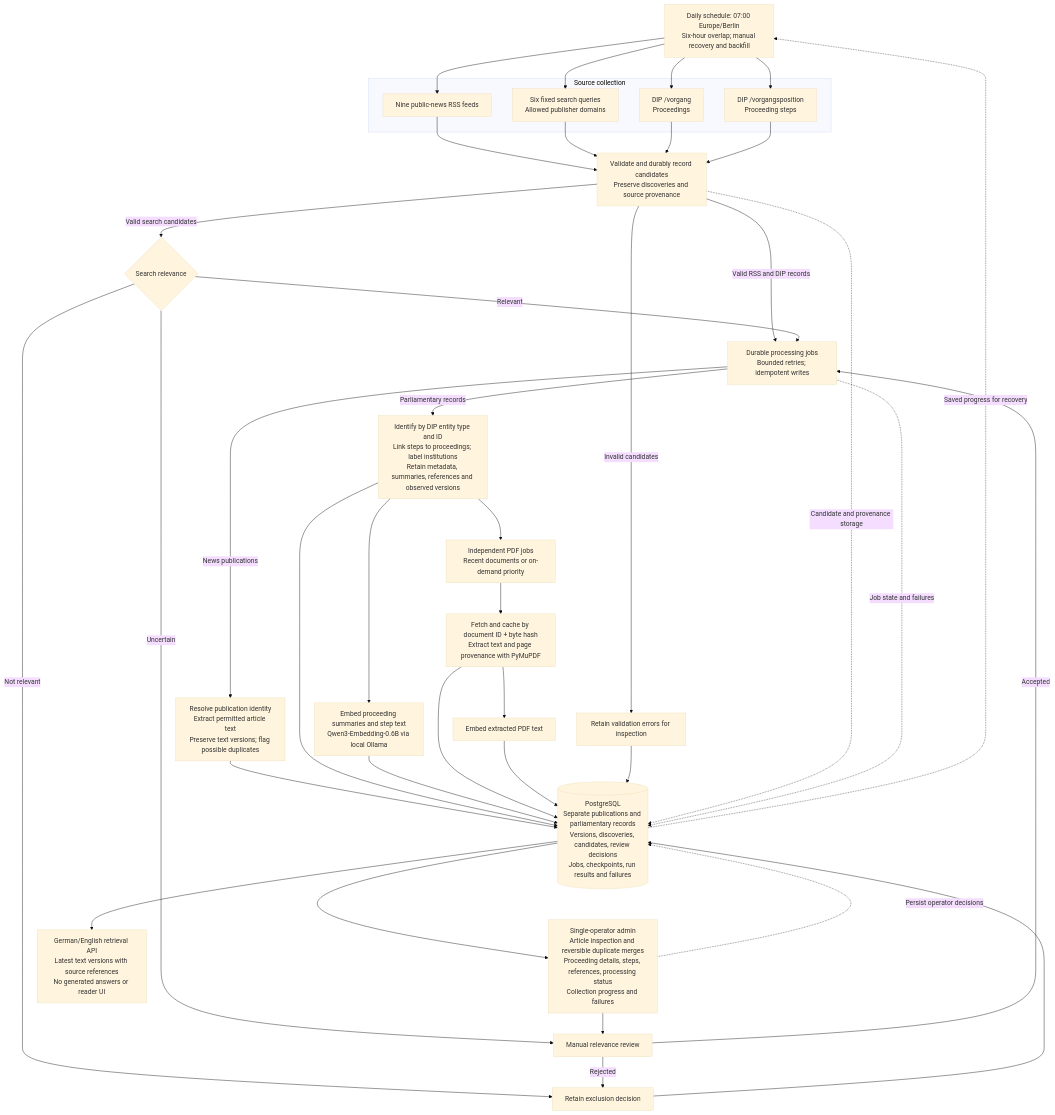
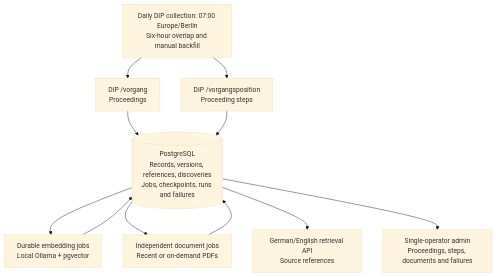
One commit to rotimi-babalola/news-intelligenz changed the diagram in docs/phase-1-architecture.md. Above: the diagram before and after it, drawn with Mermaid (base theme). The commit also changed other lines of this file and 10 other files, not shown here.

First line of the commit message:
Refactor project scope to focus exclusively on DIP parliamentary activity

````diff
--- a/docs/phase-1-architecture.md
+++ b/docs/phase-1-architecture.md
@@ -13,53 +13,17 @@
 ```mermaid
 flowchart TD
-    schedule["Daily schedule: 07:00 Europe/Berlin<br/>Six-hour overlap; manual recovery and backfill"]
-
-    subgraph collection["Source collection"]
-        rss["Nine public-news RSS feeds"]
-        search["Six fixed search queries<br/>Allowed publisher domains"]
-        proceedings["DIP /vorgang<br/>Proceedings"]
-        steps["DIP /vorgangsposition<br/>Proceeding steps"]
-    end
-
-    schedule --> rss
-    schedule --> search
-    schedule --> proceedings
-    schedule --> steps
-
-    rss --> intake["Validate and durably record candidates<br/>Preserve discoveries and source provenance"]
-    search --> intake
-    proceedings --> intake
-    steps --> intake
-
-    intake -->|"Valid RSS and DIP records"| jobs["Durable processing jobs<br/>Bounded retries; idempotent writes"]
-    intake -->|"Valid search candidates"| relevance{"Search relevance"}
-    relevance -->|"Relevant"| jobs
-    relevance -->|"Uncertain"| review["Manual relevance review"]
-    review -->|"Accepted"| jobs
-    relevance -->|"Not relevant"| excluded["Retain exclusion decision"]
-    review -->|"Rejected"| excluded
-    intake -->|"Invalid candidates"| invalid["Retain validation errors for inspection"]
-
-    jobs -->|"News publications"| news["Resolve publication identity<br/>Extract permitted article text<br/>Preserve text versions; flag possible duplicates"]
-    jobs -->|"Parliamentary records"| parliament["Identify by DIP entity type and ID<br/>Link steps to proceedings; label institutions<br/>Retain metadata, summaries, references and observed versions"]
-
-    parliament --> recordEmbed["Embed proceeding summaries and step text<br/>Qwen3-Embedding-0.6B via local Ollama"]
-    parliament --> docQueue["Independent PDF jobs<br/>Recent documents or on-demand priority"]
-    docQueue --> pdfText["Fetch and cache by document ID + byte hash<br/>Extract text and page provenance with PyMuPDF"]
-    pdfText --> pdfEmbed["Embed extracted PDF text"]
-
-    news --> db[("PostgreSQL<br/>Separate publications and parliamentary records<br/>Versions, discoveries, candidates, review decisions<br/>Jobs, checkpoints, run results and failures")]
-    parliament --> db
-    recordEmbed --> db
-    pdfText --> db
-    pdfEmbed --> db
-    excluded --> db
-    invalid --> db
-    intake -.->|"Candidate and provenance storage"| db
-    jobs -.->|"Job state and failures"| db
-    db -.->|"Saved progress for recovery"| schedule
-    db --> admin["Single-operator admin<br/>Article inspection and reversible duplicate merges<br/>Proceeding details, steps, references, processing status<br/>Collection progress and failures"]
-    db --> retrieval["German/English retrieval API<br/>Latest text versions with source references<br/>No generated answers or reader UI"]
-    admin --> review
-    admin -.->|"Persist operator decisions"| db
+    schedule["Daily DIP collection: 07:00 Europe/Berlin<br/>Six-hour overlap and manual backfill"]
+    proceedings["DIP /vorgang<br/>Proceedings"]
+    steps["DIP /vorgangsposition<br/>Proceeding steps"]
+    store[("PostgreSQL<br/>Records, versions, references, discoveries<br/>Jobs, checkpoints, runs and failures")]
+    embed["Durable embedding jobs<br/>Local Ollama + pgvector"]
+    docs["Independent document jobs<br/>Recent or on-demand PDFs"]
+    retrieval["German/English retrieval API<br/>Source references"]
+    admin["Single-operator admin<br/>Proceedings, steps, documents and failures"]
+    schedule --> proceedings --> store
+    schedule --> steps --> store
+    store --> embed --> store
+    store --> docs --> store
+    store --> retrieval
+    store --> admin
 ```
````
